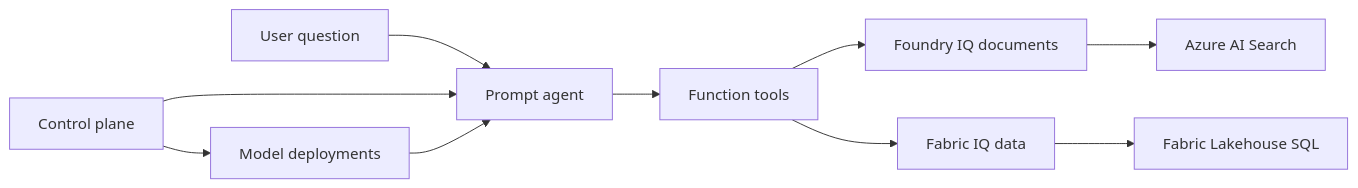
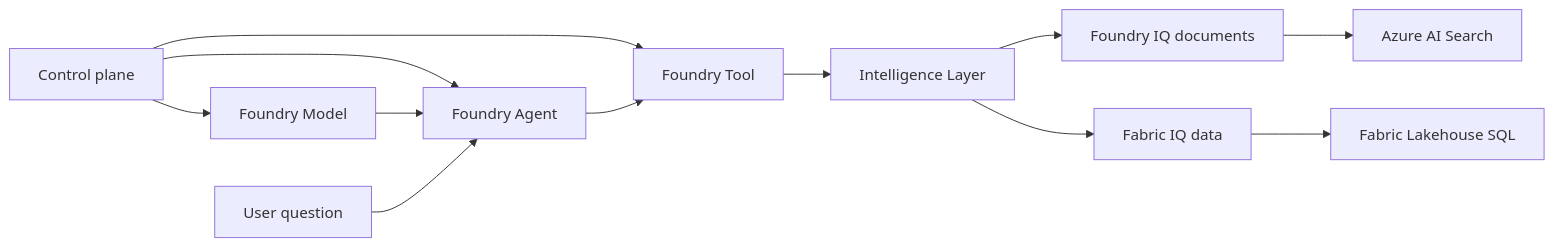
Before and after one commit to payton-chou-ms/e2e-ms-foundry-workshop: the diagram in workshop/docs/03-understand/index.md, drawn with Mermaid. The commit also changed other lines of this file and 33 other files, not shown here.

Commit message:
docs(workshop): expand architecture and deployment guidance

````diff
--- a/workshop/docs/03-understand/index.md
+++ b/workshop/docs/03-understand/index.md
@@ -7,12 +21,14 @@
 ```mermaid
 flowchart LR
-    U[User question] --> A[Prompt agent]
-    A --> T[Function tools]
-    T --> FIQ[Foundry IQ documents]
-    T --> DB[Fabric IQ data]
+    C[Control plane] --> M[Foundry Model]
+    C --> A[Foundry Agent]
+    C --> T[Foundry Tool]
+    M --> A
+    A --> T
+    T --> IQ[Intelligence Layer]
+    IQ --> FIQ[Foundry IQ documents]
+    IQ --> DB[Fabric IQ data]
     FIQ --> S[Azure AI Search]
     DB --> L[Fabric Lakehouse SQL]
-    C[Control plane] --> A
-    M[Model deployments] --> A
-    C --> M
+    U[User question] --> A
 ```
````
